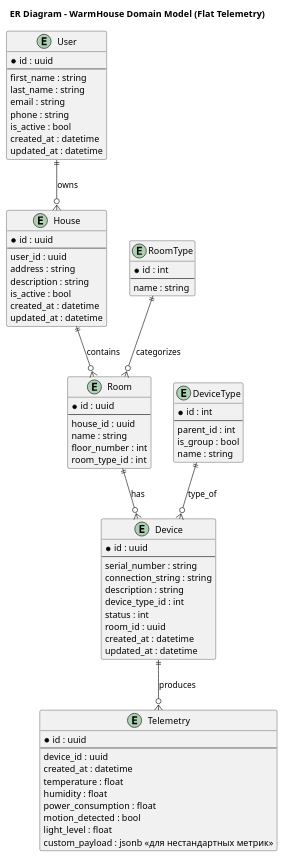
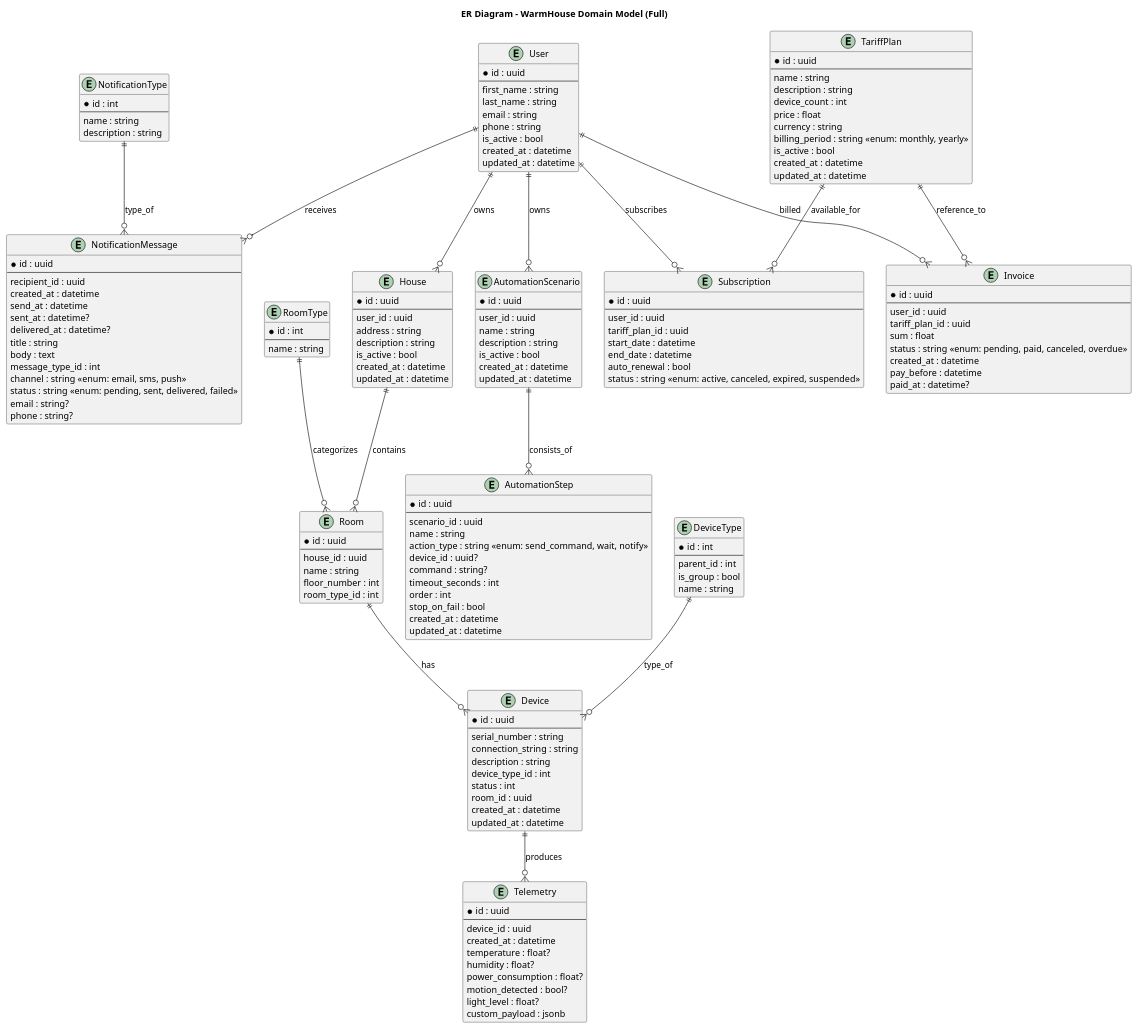
One commit to kalach77rus/warmhouse changed the diagram in docs/c4/er_diagram.puml. Above: the diagram before and after it, drawn with PlantUML. The commit also changed other lines of this file, not shown here.

Commit message:
task-03: add more entities to er-diagram

```diff
--- a/docs/c4/er_diagram.puml
+++ b/docs/c4/er_diagram.puml
@@ -2,83 +1,182 @@
 @startuml
-title ER Diagram - WarmHouse Domain Model (Flat Telemetry)
+title ER Diagram - WarmHouse Domain Model (Full)
 
 entity "User" as User {
   *id : uuid
   --
   first_name : string
   last_name : string
   email : string
   phone : string
   is_active : bool
   created_at : datetime
   updated_at : datetime
 }
 
 entity "House" as House {
   *id : uuid
   --
   user_id : uuid
   address : string
   description : string
   is_active : bool
   created_at : datetime
   updated_at : datetime
 }
 
 entity "Room" as Room {
   *id : uuid
   --
   house_id : uuid
   name : string
   floor_number : int
   room_type_id : int
 }
 
 entity "RoomType" as RoomType {
   *id : int
   --
   name : string
 }
 
 entity "Device" as Device {
   *id : uuid
   --
   serial_number : string
   connection_string : string
   description : string
   device_type_id : int
   status : int
   room_id : uuid
   created_at : datetime
   updated_at : datetime
 }
 
 entity "DeviceType" as DeviceType {
   *id : int
   --
   parent_id : int
   is_group : bool
   name : string
 }
 
 entity "Telemetry" as Telemetry {
   *id : uuid
   --
   device_id : uuid
   created_at : datetime
-  temperature : float
-  humidity : float
-  power_consumption : float
-  motion_detected : bool
-  light_level : float
-  custom_payload : jsonb <<для нестандартных метрик>>
+  temperature : float?
+  humidity : float?
+  power_consumption : float?
+  motion_detected : bool?
+  light_level : float?
+  custom_payload : jsonb
 }
 
+entity "TariffPlan" as TariffPlan {
+  *id : uuid
+  --
+  name : string
+  description : string
+  device_count : int
+  price : float
+  currency : string
+  billing_period : string <<enum: monthly, yearly>>
+  is_active : bool
+  created_at : datetime
+  updated_at : datetime
+}
+
+entity "Subscription" as Subscription {
+  *id : uuid
+  --
+  user_id : uuid
+  tariff_plan_id : uuid
+  start_date : datetime
+  end_date : datetime
+  auto_renewal : bool
+  status : string <<enum: active, canceled, expired, suspended>>
+}
+
+entity "Invoice" as Invoice {
+  *id : uuid
+  --
+  user_id : uuid
+  tariff_plan_id : uuid
+  sum : float
+  status : string <<enum: pending, paid, canceled, overdue>>
+  created_at : datetime
+  pay_before : datetime
+  paid_at : datetime?
+}
+
+entity "AutomationScenario" as AutomationScenario {
+  *id : uuid
+  --
+  user_id : uuid
+  name : string
+  description : string
+  is_active : bool
+  created_at : datetime
+  updated_at : datetime
+}
+
+entity "AutomationStep" as AutomationStep {
+  *id : uuid
+  --
+  scenario_id : uuid
+  name : string
+  action_type : string <<enum: send_command, wait, notify>>
+  device_id : uuid?
+  command : string?
+  timeout_seconds : int
+  order : int
+  stop_on_fail : bool
+  created_at : datetime
+  updated_at : datetime
+}
+
+entity "NotificationType" as NotificationType {
+  *id : int
+  --
+  name : string
+  description : string
+}
+
+entity "NotificationMessage" as NotificationMessage {
+  *id : uuid
+  --
+  recipient_id : uuid
+  created_at : datetime
+  send_at : datetime
+  sent_at : datetime?
+  delivered_at : datetime?
+  title : string
+  body : text
+  message_type_id : int
+  channel : string <<enum: email, sms, push>>
+  status : string <<enum: pending, sent, delivered, failed>>
+  email : string?
+  phone : string?
+}
+
+' Relationships
 User ||--o{ House : owns
 House ||--o{ Room : contains
 RoomType ||--o{ Room : categorizes
 Room ||--o{ Device : has
 DeviceType ||--o{ Device : type_of
 Device ||--o{ Telemetry : produces
 
+User ||--o{ Subscription : subscribes
+TariffPlan ||--o{ Subscription : available_for
+User ||--o{ Invoice : billed
+TariffPlan ||--o{ Invoice : reference_to
+
+User ||--o{ AutomationScenario : owns
+AutomationScenario ||--o{ AutomationStep : consists_of
+
+NotificationType ||--o{ NotificationMessage : type_of
+User ||--o{ NotificationMessage : receives
+
 @enduml
```
